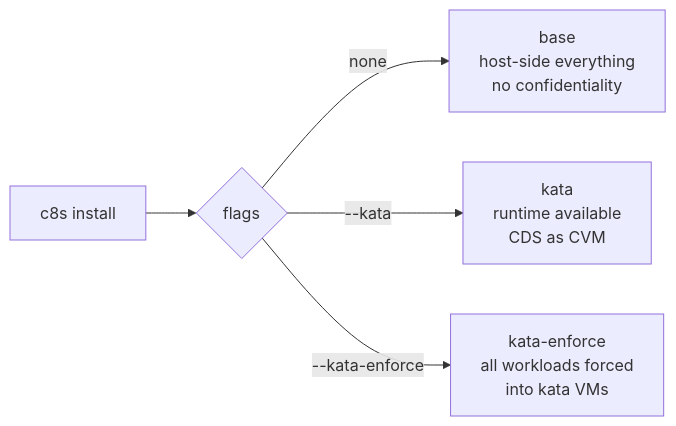
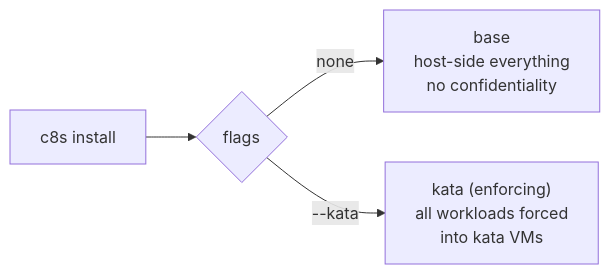
The first of 6 diagrams in docs/install-flows.md (confidential-dot-ai/c8s), drawn with Mermaid before and after one commit. The commit also changed other lines of this file and 12 other files, not shown here.

First line of the commit message:
feat(install)!: collapse --kata-enforce into --kata — kata is enforcing (#200)

````diff
--- a/docs/install-flows.md
+++ b/docs/install-flows.md
@@ -39,7 +38,6 @@
 ```mermaid
 flowchart LR
     A["c8s install"] --> B{flags}
     B -->|none| BASE["base<br/>host-side everything<br/>no confidentiality"]
-    B -->|"--kata"| KATA["kata<br/>runtime available<br/>CDS as CVM"]
-    B -->|"--kata-enforce"| ENF["kata-enforce<br/>all workloads forced<br/>into kata VMs"]
+    B -->|"--kata"| KATA["kata (enforcing)<br/>all workloads forced<br/>into kata VMs"]
 ```
````
